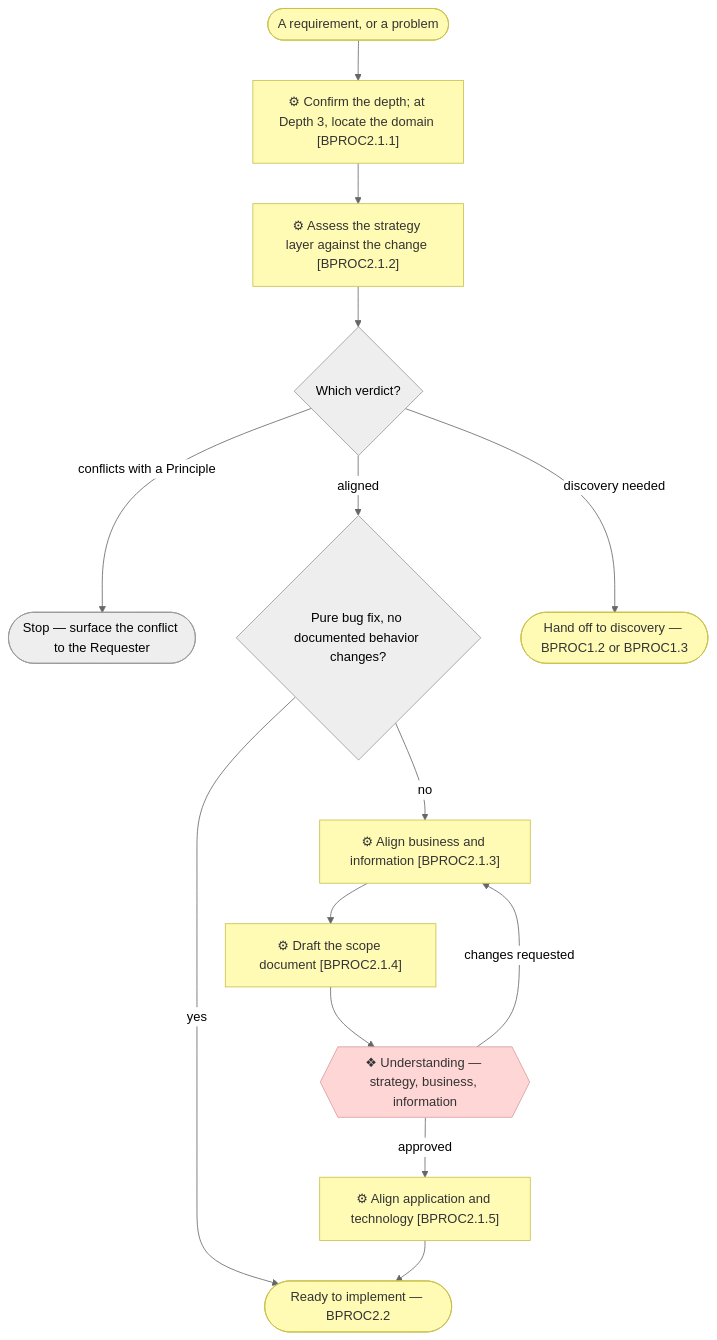
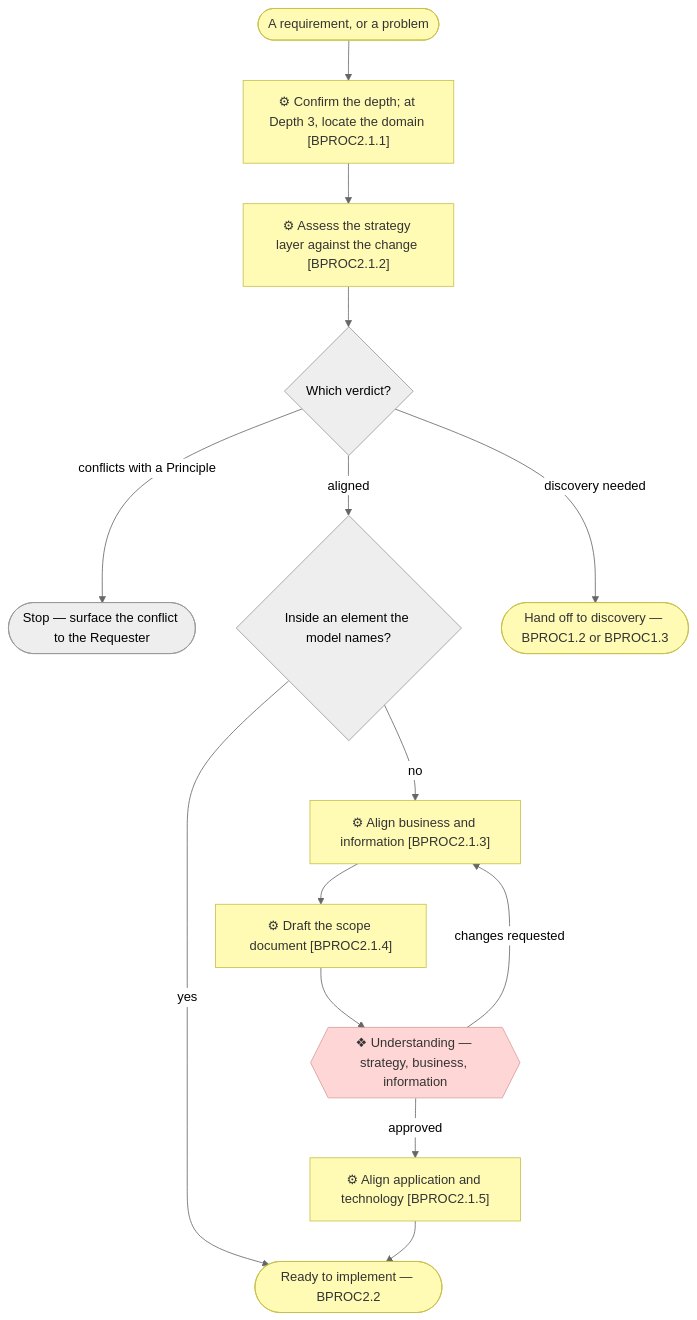
The diagram in docs/process/3_level-3-align-a-change.md (roanboc/archreator), drawn with Mermaid (neutral theme) before and after one commit. The commit also changed other lines of this file and 8 other files, not shown here.

````diff
--- a/docs/process/3_level-3-align-a-change.md
+++ b/docs/process/3_level-3-align-a-change.md
@@ -9,29 +9,29 @@
 ```mermaid
 flowchart TD
   req(["A requirement, or a problem"])
   depth["⚙ Confirm the depth; at Depth 3, locate the domain [BPROC2.1.1]"]
   assess["⚙ Assess the strategy layer against the change [BPROC2.1.2]"]
   verdict{"Which verdict?"}
   stop(["Stop — surface the conflict to the Requester"])
-  bugfix{"Pure bug fix, no documented behavior changes?"}
+  bugfix{"Inside an element the model names?"}
   walk23["⚙ Align business and information [BPROC2.1.3]"]
   scope["⚙ Draft the scope document [BPROC2.1.4]"]
   g2{{"❖ Understanding — strategy, business, information"}}
   walk45["⚙ Align application and technology [BPROC2.1.5]"]
   out(["Ready to implement — BPROC2.2"])
   disc(["Hand off to discovery — BPROC1.2 or BPROC1.3"])
 
   req --> depth --> assess --> verdict
   verdict -->|discovery needed| disc
   verdict -->|conflicts with a Principle| stop
   verdict -->|aligned| bugfix
   bugfix -->|yes| out
   bugfix -->|no| walk23 --> scope --> g2
   g2 -->|changes requested| walk23
   g2 -->|approved| walk45 --> out
 
   classDef business fill:#fffbb5,stroke:#c8c04a,color:#333
   classDef implementation fill:#ffd6d6,stroke:#d99b9b,color:#333
   class depth,assess,walk23,scope,walk45,req,out,disc business
   class g2 implementation
 ```
````
